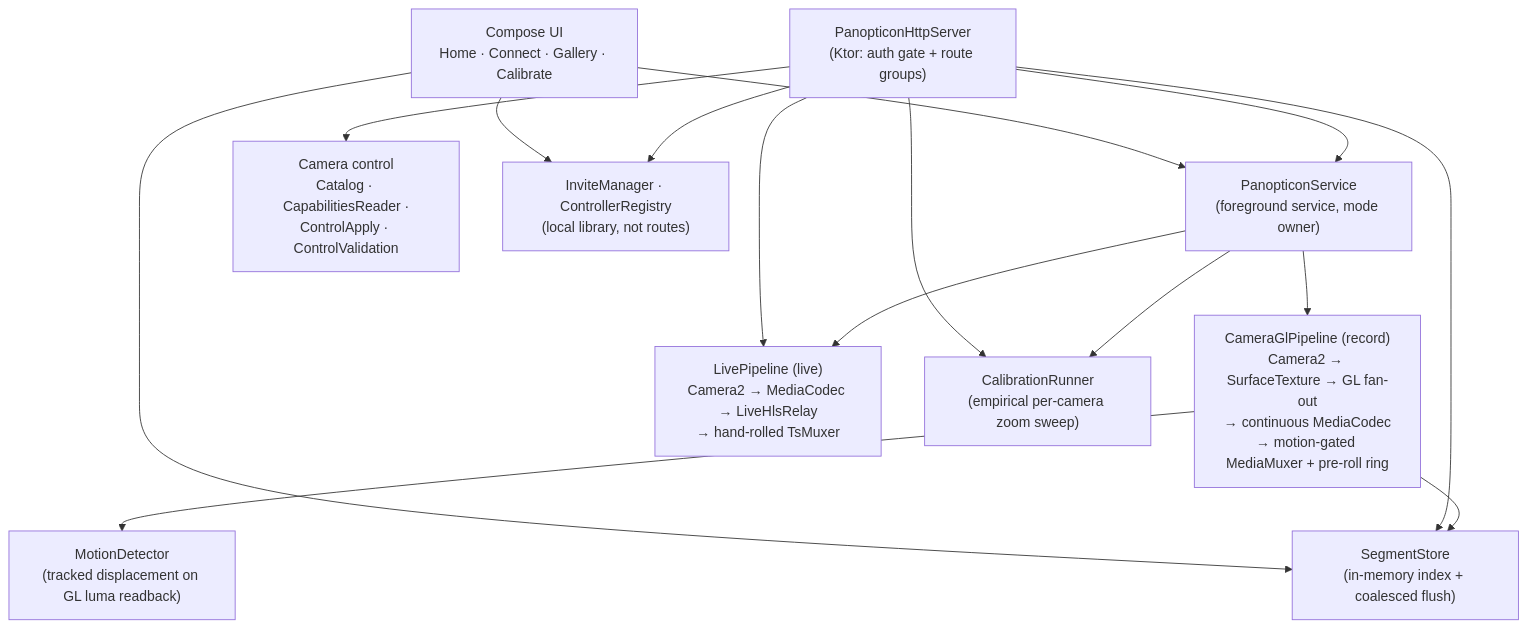
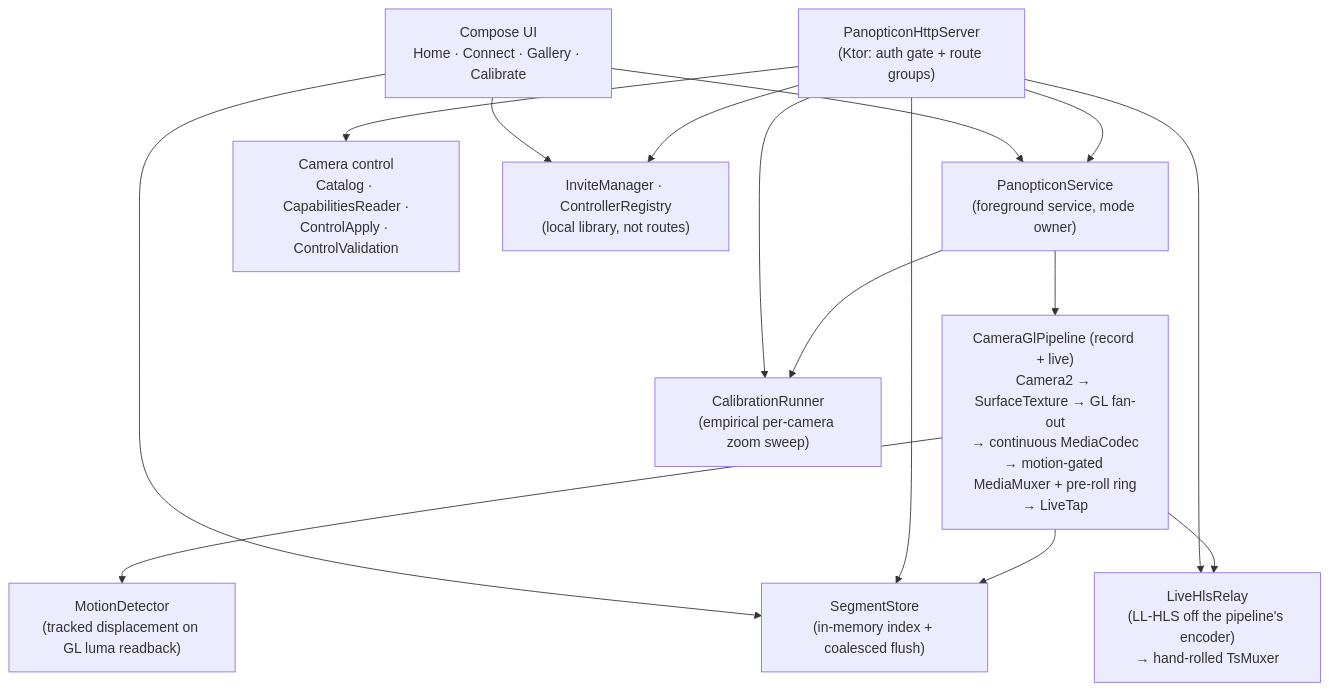
One commit to ifeanyiecheruo/panopticon changed the second of 4 diagrams in docs/design/architecture.md. Above: the diagram before and after it, drawn with Mermaid. The commit also changed other lines of this file and 39 other files, not shown here.

First line of the commit message:
feat: live video while recording, and one camera pipeline for record and live (#22)

````diff
--- a/docs/design/architecture.md
+++ b/docs/design/architecture.md
@@ -183,18 +183,18 @@
 ```mermaid
 flowchart TB
     Svc["PanopticonService\n(foreground service, mode owner)"]
     HTTP["PanopticonHttpServer\n(Ktor: auth gate + route groups)"]
-    Rec["CameraGlPipeline (record)\nCamera2 → SurfaceTexture → GL fan-out\n→ continuous MediaCodec\n→ motion-gated MediaMuxer + pre-roll ring"]
+    Rec["CameraGlPipeline (record + live)\nCamera2 → SurfaceTexture → GL fan-out\n→ continuous MediaCodec\n→ motion-gated MediaMuxer + pre-roll ring\n→ LiveTap"]
     Motion["MotionDetector\n(tracked displacement on GL luma readback)"]
-    Live["LivePipeline (live)\nCamera2 → MediaCodec → LiveHlsRelay\n→ hand-rolled TsMuxer"]
+    Live["LiveHlsRelay\n(LL-HLS off the pipeline's encoder)\n→ hand-rolled TsMuxer"]
     Cal["CalibrationRunner\n(empirical per-camera zoom sweep)"]
     CamCtl["Camera control\nCatalog · CapabilitiesReader ·\nControlApply · ControlValidation"]
     Store["SegmentStore\n(in-memory index + coalesced flush)"]
     Pair["InviteManager · ControllerRegistry\n(local library, not routes)"]
     UI["Compose UI\nHome · Connect · Gallery · Calibrate"]
 
-    Svc --> Rec & Live & Cal
-    Rec --> Motion & Store
+    Svc --> Rec & Cal
+    Rec --> Motion & Store & Live
     HTTP --> Svc & Store & CamCtl & Cal & Pair & Live
     UI --> Svc & Store & Pair
 ```
````
